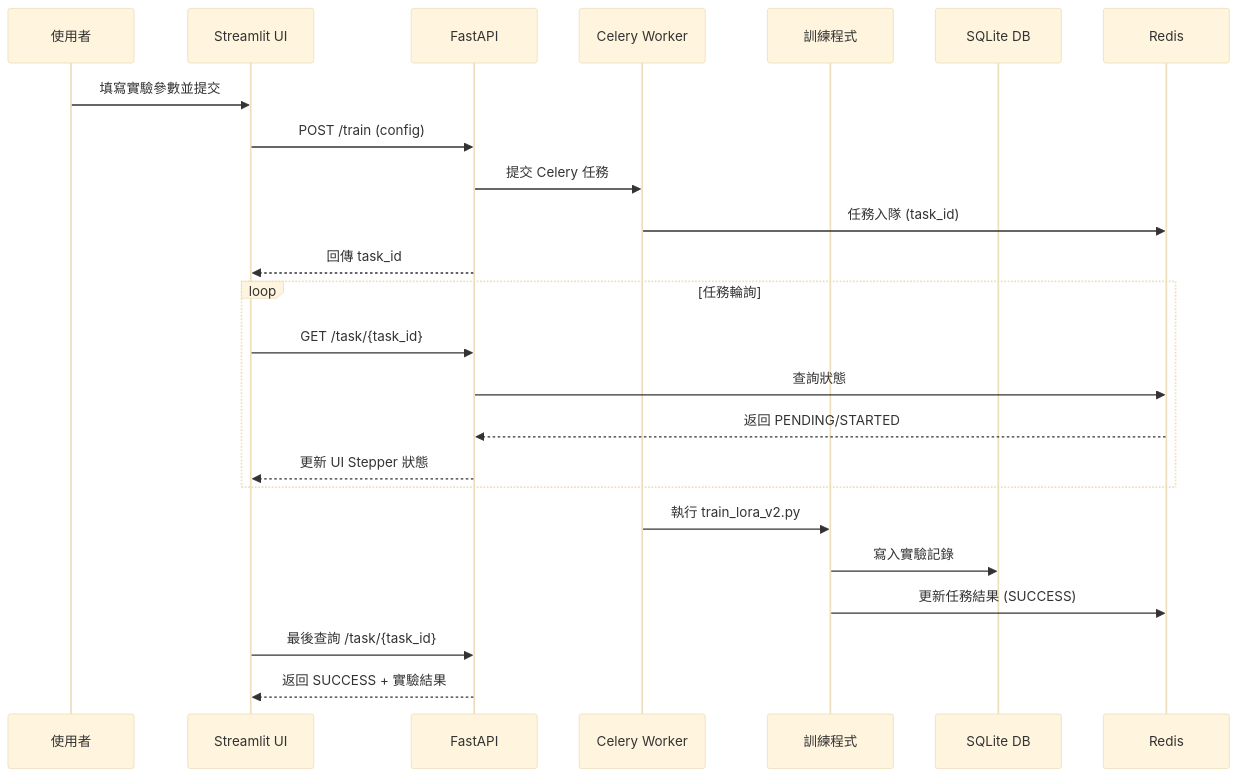
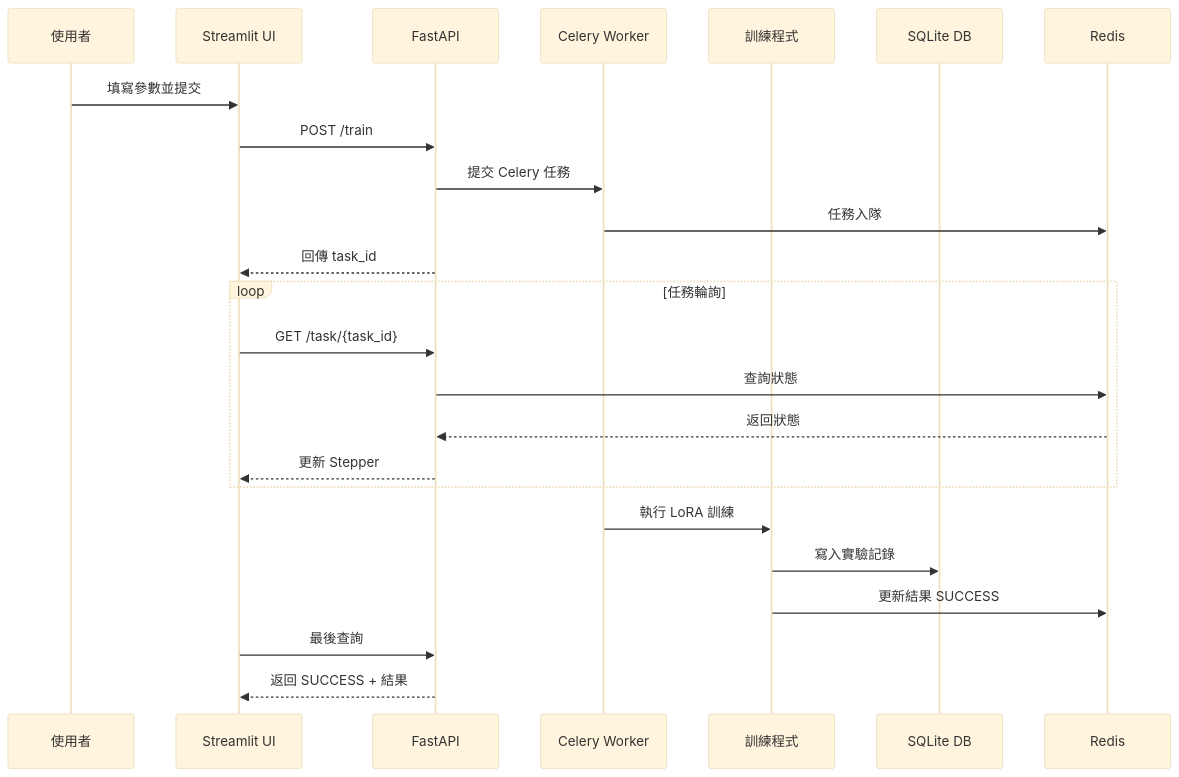
One commit to pei9564/Finetune-30-days-demo changed the first of 2 diagrams in README.md. Above: the diagram before and after it, drawn with Mermaid (base theme). The commit also changed other lines of this file and 42 other files, not shown here.

````diff
--- a/README.md
+++ b/README.md
@@ -23,29 +28,29 @@
 ```mermaid
 sequenceDiagram
     participant U as 使用者
     participant UI as Streamlit UI
     participant API as FastAPI
     participant C as Celery Worker
     participant T as 訓練程式
     participant DB as SQLite DB
     participant R as Redis
 
-    U->>UI: 填寫實驗參數並提交
-    UI->>API: POST /train (config)
+    U->>UI: 填寫參數並提交
+    UI->>API: POST /train
     API->>C: 提交 Celery 任務
-    C->>R: 任務入隊 (task_id)
+    C->>R: 任務入隊
     API-->>UI: 回傳 task_id
 
     loop 任務輪詢
         UI->>API: GET /task/{task_id}
         API->>R: 查詢狀態
-        R-->>API: 返回 PENDING/STARTED
-        API-->>UI: 更新 UI Stepper 狀態
+        R-->>API: 返回狀態
+        API-->>UI: 更新 Stepper
     end
 
-    C->>T: 執行 train_lora_v2.py
+    C->>T: 執行 LoRA 訓練
     T->>DB: 寫入實驗記錄
-    T->>R: 更新任務結果 (SUCCESS)
-    UI->>API: 最後查詢 /task/{task_id}
-    API-->>UI: 返回 SUCCESS + 實驗結果
+    T->>R: 更新結果 SUCCESS
+    UI->>API: 最後查詢
+    API-->>UI: 返回 SUCCESS + 結果
 ```
````
